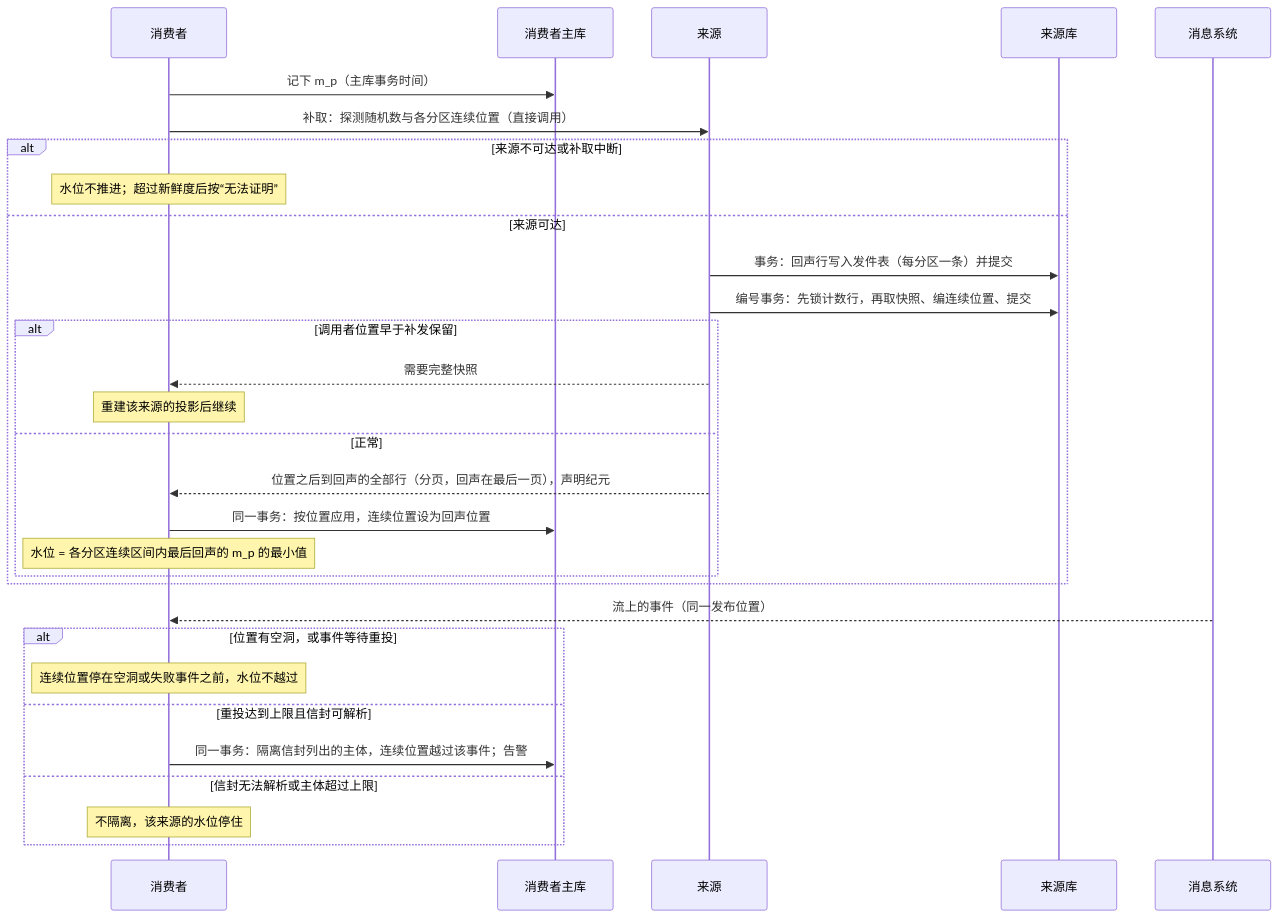
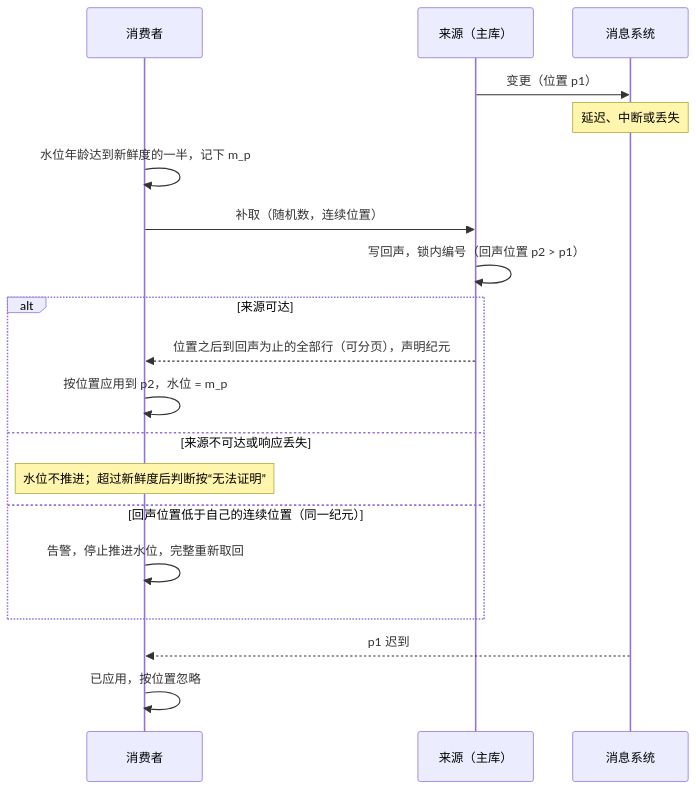
The first of 2 diagrams in tempDocs/final/06-protocols/02-projections.md (brickKit/be-assembly-standard), drawn with Mermaid before and after one commit. The commit also changed other lines of this file and 14 other files, not shown here.

````diff
--- a/tempDocs/final/06-protocols/02-projections.md
+++ b/tempDocs/final/06-protocols/02-projections.md
@@ -113,32 +96,21 @@
 ```mermaid
 sequenceDiagram
     participant C as 消费者
-    participant CDB as 消费者主库
-    participant S as 来源
-    participant SDB as 来源库
-    participant M as 消息系统
-    C->>CDB: 记下 m_p（主库事务时间）
-    C->>S: 补取：探测随机数与各分区连续位置（直接调用）
-    alt 来源不可达或补取中断
-        Note over C: 水位不推进；超过新鲜度后按“无法证明”
-    else 来源可达
-        S->>SDB: 事务：回声行写入发件表（每分区一条）并提交
-        S->>SDB: 编号事务：先锁计数行，再取快照、编连续位置、提交
-        alt 调用者位置早于补发保留
-            S-->>C: 需要完整快照
-            Note over C: 重建该来源的投影后继续
-        else 正常
-            S-->>C: 位置之后到回声的全部行（分页，回声在最后一页），声明纪元
-            C->>CDB: 同一事务：按位置应用，连续位置设为回声位置
-            Note over C: 水位 = 各分区连续区间内最后回声的 m_p 的最小值
-        end
+    participant S as 来源（主库）
+    participant Q as 消息系统
+    S->>Q: 变更（位置 p1）
+    Note over Q: 延迟、中断或丢失
+    C->>C: 水位年龄达到新鲜度的一半，记下 m_p
+    C->>S: 补取（随机数，连续位置）
+    S->>S: 写回声，锁内编号（回声位置 p2 > p1）
+    alt 来源可达
+        S-->>C: 位置之后到回声为止的全部行（可分页），声明纪元
+        C->>C: 按位置应用到 p2，水位 = m_p
+    else 来源不可达或响应丢失
+        Note over C: 水位不推进；超过新鲜度后判断按“无法证明”
+    else 回声位置低于自己的连续位置（同一纪元）
+        C->>C: 告警，停止推进水位，完整重新取回
     end
-    M-->>C: 流上的事件（同一发布位置）
-    alt 位置有空洞，或事件等待重投
-        Note over C: 连续位置停在空洞或失败事件之前，水位不越过
-    else 重投达到上限且信封可解析
-        C->>CDB: 同一事务：隔离信封列出的主体，连续位置越过该事件；告警
-    else 信封无法解析或主体超过上限
-        Note over C: 不隔离，该来源的水位停住
-    end
+    Q-->>C: p1 迟到
+    C->>C: 已应用，按位置忽略
 ```
````
